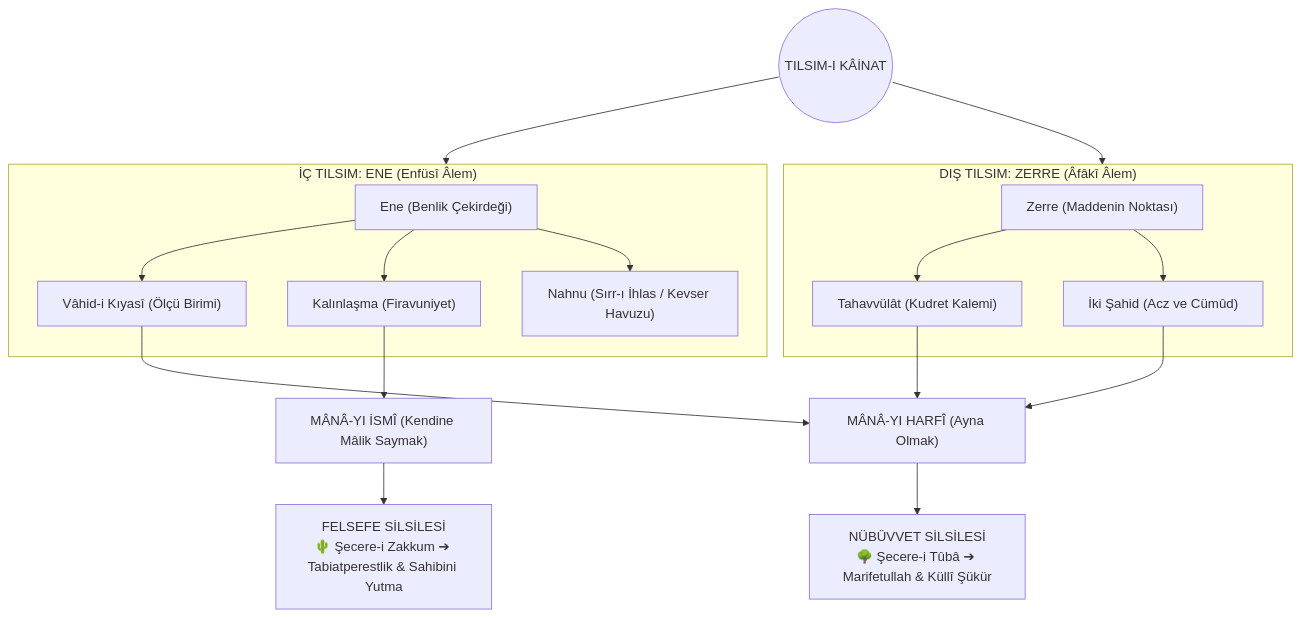
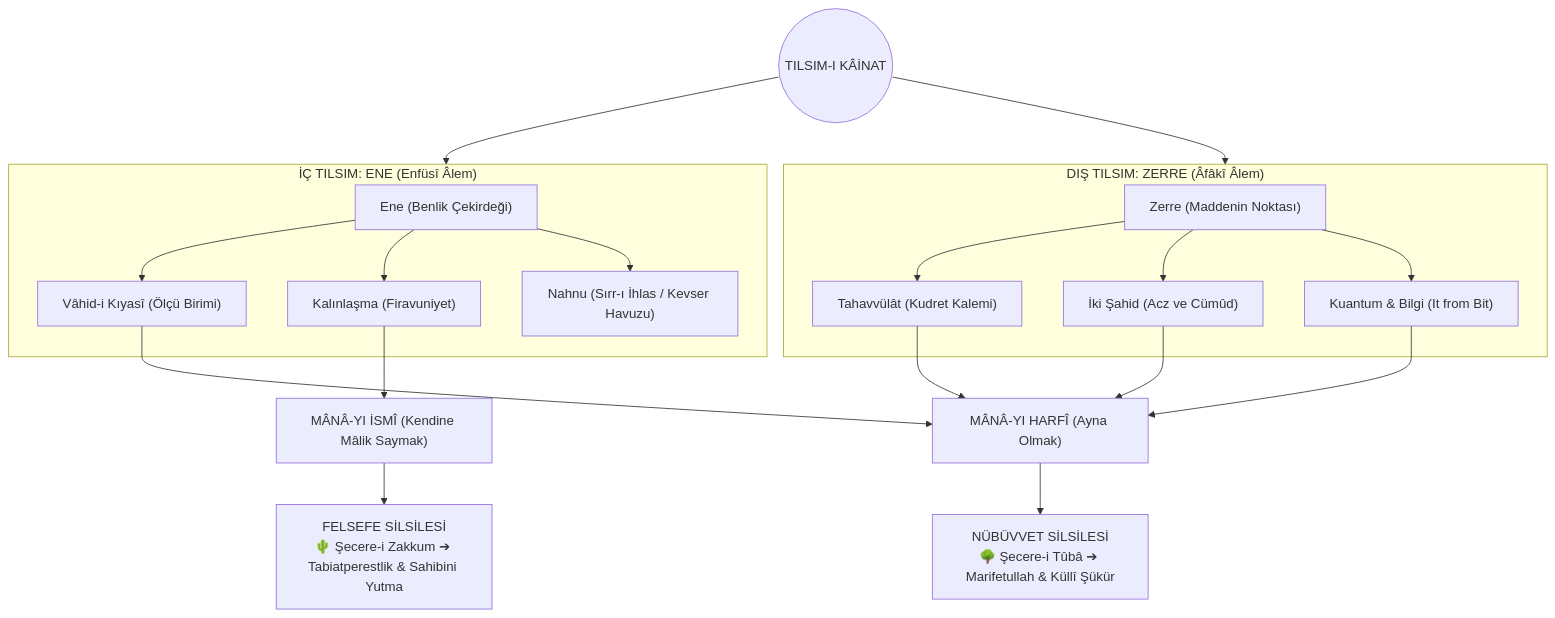
Before and after one commit to bahattinyunus/tilsim-i-kainat: the first of 2 diagrams in README.md, drawn with Mermaid. The commit also changed other lines of this file and 14 other files, not shown here.

````diff
--- a/README.md
+++ b/README.md
@@ -42,27 +46,29 @@
 ```mermaid
 flowchart TD
     T(("TILSIM-I KÂİNAT"))
     
     subgraph IcTilsim["İÇ TILSIM: ENE (Enfüsî Âlem)"]
         E["Ene (Benlik Çekirdeği)"] --> VK["Vâhid-i Kıyasî (Ölçü Birimi)"]
         E --> K["Kalınlaşma (Firavuniyet)"]
         E --> N["Nahnu (Sırr-ı İhlas / Kevser Havuzu)"]
     end
     
     subgraph DisTilsim["DIŞ TILSIM: ZERRE (Âfâkî Âlem)"]
         Z["Zerre (Maddenin Noktası)"] --> TZ["Tahavvülât (Kudret Kalemi)"]
         Z --> SZ["İki Şahid (Acz ve Cümûd)"]
+        Z --> QF["Kuantum & Bilgi (It from Bit)"]
     end
     
     T --> IcTilsim
     T --> DisTilsim
     
     VK --> MH["MÂNÂ-YI HARFÎ (Ayna Olmak)"]
     TZ --> MH
     SZ --> MH
+    QF --> MH
     
     K --> MI["MÂNÂ-YI İSMÎ (Kendine Mâlik Saymak)"]
     
     MH --> NUB["NÜBÜVVET SİLSİLESİ<br/>🌳 Şecere-i Tûbâ ➔ Marifetullah & Küllî Şükür"]
     MI --> FEL["FELSEFE SİLSİLESİ<br/>🌵 Şecere-i Zakkum ➔ Tabiatperestlik & Sahibini Yutma"]
 ```
````
